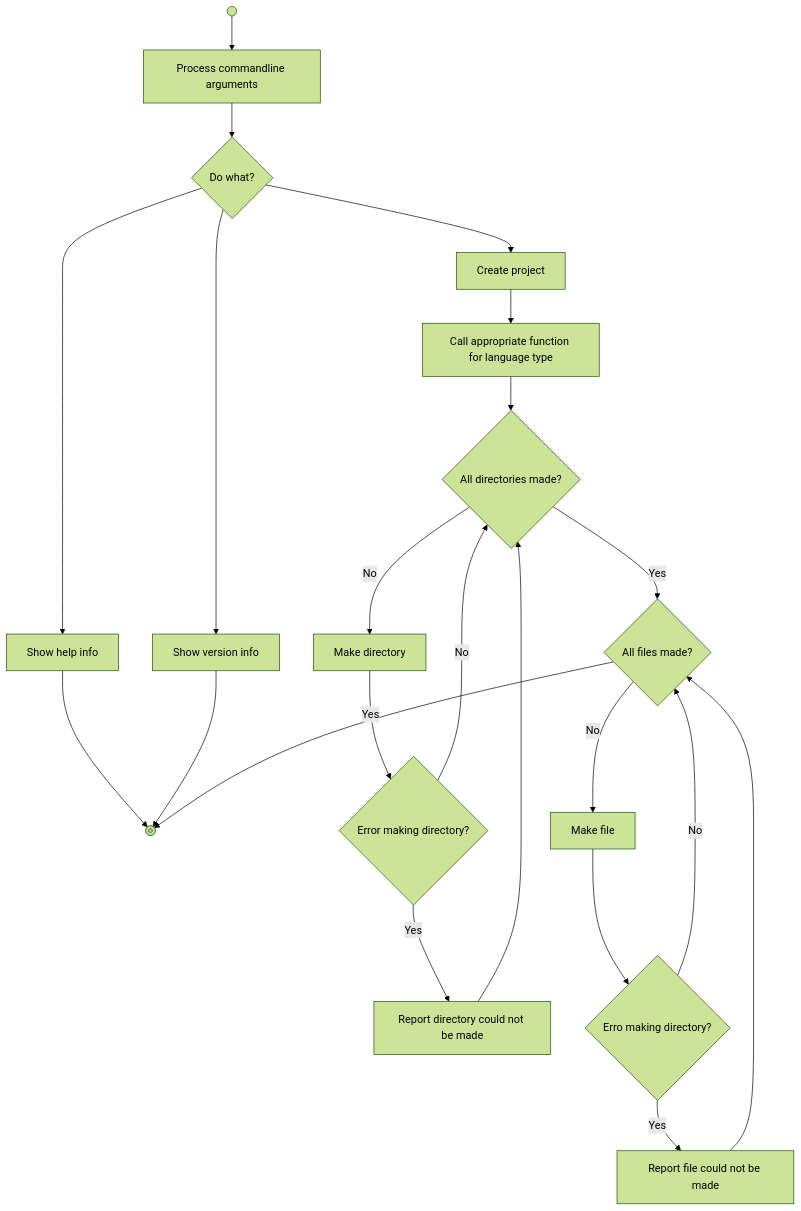
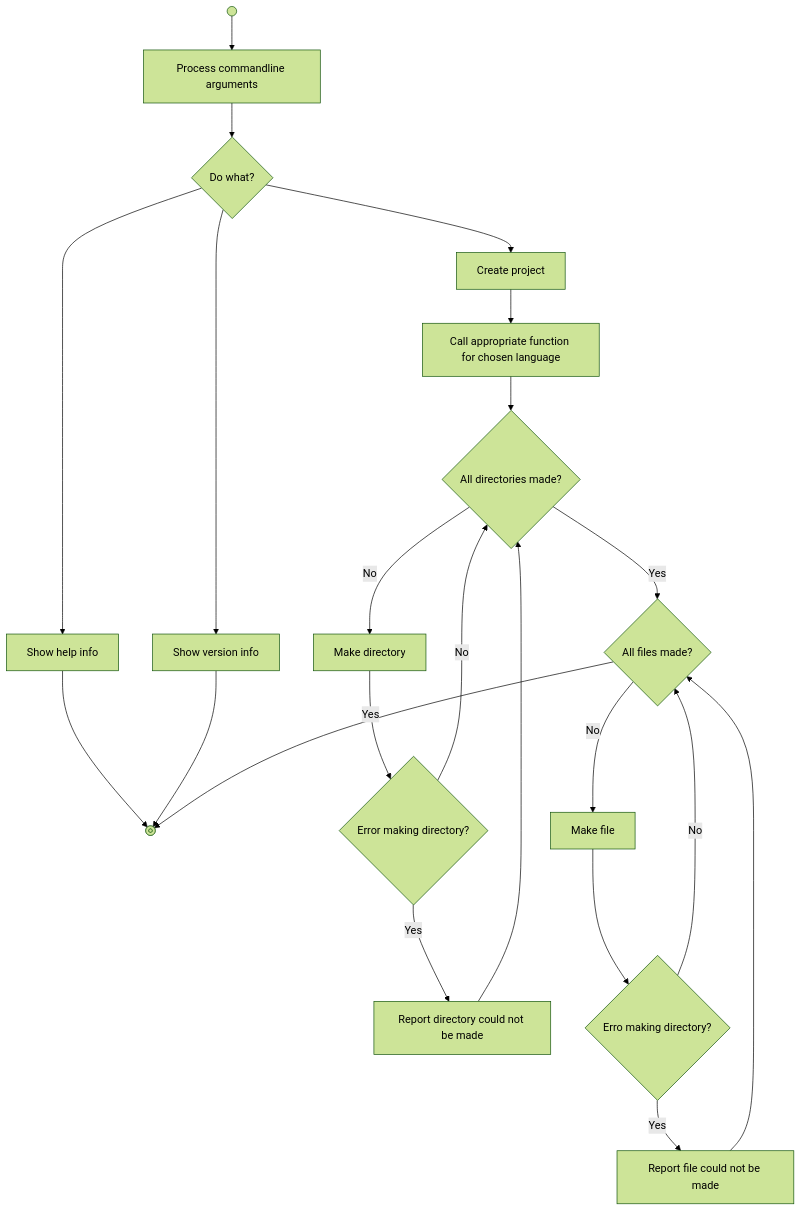
One commit to rvare/Progex changed the second of 2 diagrams in docs/development_documentation.md. Above: the diagram before and after it, drawn with Mermaid (forest theme). The commit also changed other lines of this file and 2 other files, not shown here.

````diff
--- a/docs/development_documentation.md
+++ b/docs/development_documentation.md
@@ -97,42 +102,42 @@
 ```mermaid
 flowchart TD;
 
 s@{ shape: sm-circ, label: "Start" }
 e@{ shape: framed-circle, label: "End" }
 proc[Process commandline arguments]
 action@{ shape: diamond, label: "Do what?" }
 help[Show help info]
 version[Show version info]
 create[Create project]
 create_dirs@{ shape: diamond, label: "All directories made?" }
 create_files@{ shape: diamond, label: "All files made?" }
 err_dir@{ shape: diamond, label: "Error making directory?" }
 report_dir_err[Report directory could not be made]
 mk_dir[Make directory]
 err_file@{ shape: diamond, label: "Erro making directory?" }
 mk_file[Make file]
 report_file_err[Report file could not be made]
-funcs[Call appropriate function for language type]
+funcs[Call appropriate function for chosen language]
 
 s --> proc
 proc --> action
 action --> help
 action --> version
 action --> create
 help --> e
 version --> e
 create --> funcs
 funcs --> create_dirs
 create_dirs -- No --> mk_dir
 create_dirs -- Yes --> create_files
 mk_dir --> err_dir
 err_dir -- Yes --> report_dir_err
 err_dir -- No --> create_dirs
 report_dir_err --> create_dirs
 create_files -- No --> mk_file
 mk_file --> err_file
 err_file -- No --> create_files
 err_file -- Yes --> report_file_err
 report_file_err --> create_files
 create_files -- Yes --> e
 ```
````
